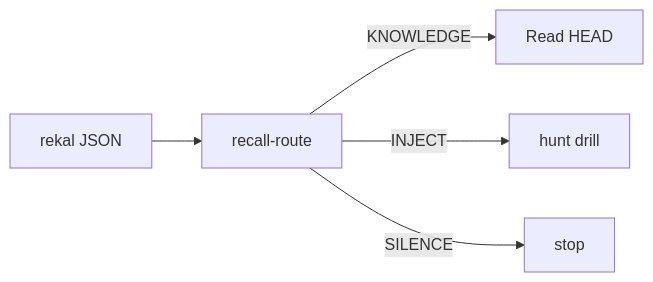
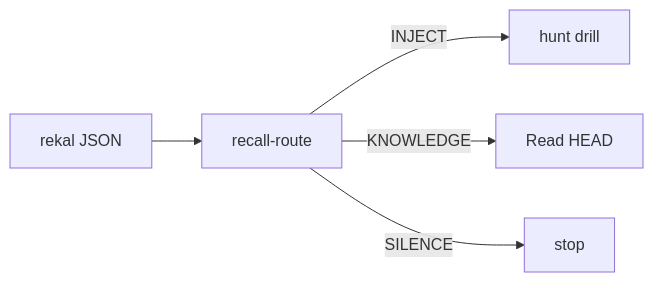
One commit to rekal-dev/rekal-cli changed the diagram in cmd/rekal/cli/skill/skills/rekal/references/reference.md. Above: the diagram before and after it, drawn with Mermaid. The commit also changed other lines of this file and 6 other files, not shown here.

````diff
--- a/cmd/rekal/cli/skill/skills/rekal/references/reference.md
+++ b/cmd/rekal/cli/skill/skills/rekal/references/reference.md
@@ -64,7 +64,7 @@
 ```mermaid
 flowchart LR
   j["rekal JSON"] --> rr["recall-route"]
+  rr -->|INJECT| i["hunt drill"]
   rr -->|KNOWLEDGE| k["Read HEAD"]
-  rr -->|INJECT| i["hunt drill"]
   rr -->|SILENCE| s["stop"]
 ```
````
